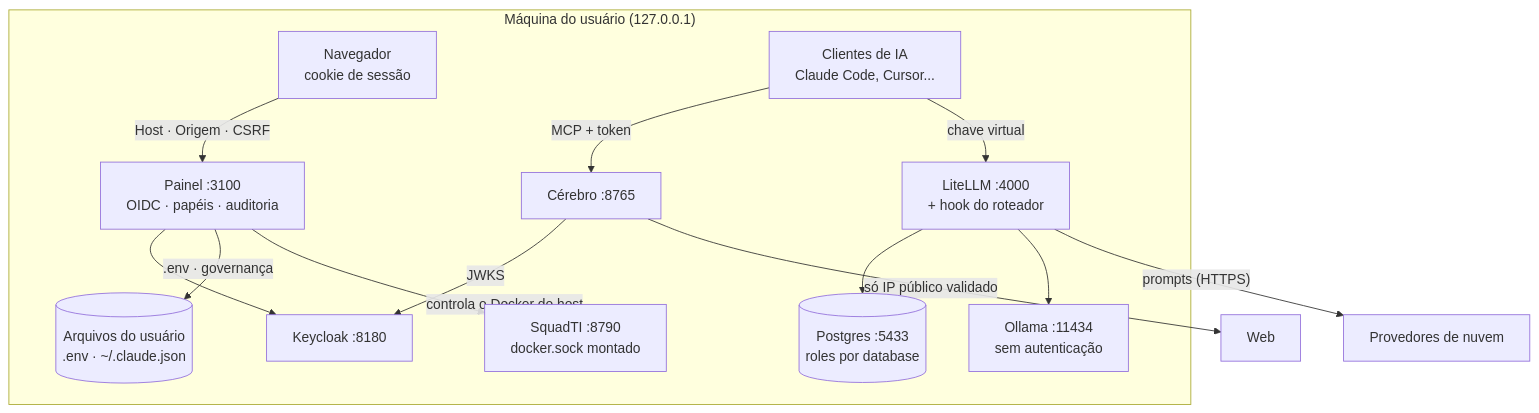
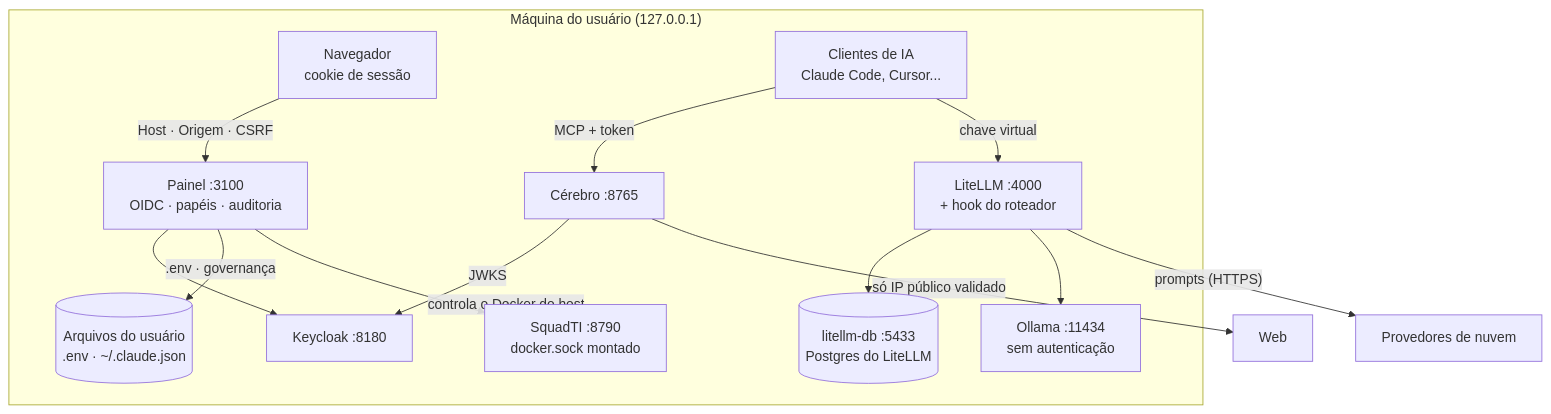
One commit to tudoemcodigo/TudoIA changed the diagram in docs/seguranca.md. Above: the diagram before and after it, drawn with Mermaid. The commit also changed other lines of this file and 15 other files, not shown here.

````diff
--- a/docs/seguranca.md
+++ b/docs/seguranca.md
@@ -45,17 +45,17 @@
 ```mermaid
 flowchart TB
     subgraph PC["Máquina do usuário (127.0.0.1)"]
         NAV["Navegador<br/>cookie de sessão"] -->|"Host · Origem · CSRF"| PAINEL["Painel :3100<br/>OIDC · papéis · auditoria"]
         CLI["Clientes de IA<br/>Claude Code, Cursor..."] -->|"MCP + token"| CER["Cérebro :8765"]
         CLI -->|"chave virtual"| GW["LiteLLM :4000<br/>+ hook do roteador"]
         PAINEL --> KC["Keycloak :8180"]
         CER -->|"JWKS"| KC
         PAINEL -->|".env · governança"| ARQ[("Arquivos do usuário<br/>.env · ~/.claude.json")]
-        GW --> PG[("Postgres :5433<br/>roles por database")]
+        GW --> PG[("litellm-db :5433<br/>Postgres do LiteLLM")]
         GW --> OLL["Ollama :11434<br/>sem autenticação"]
         PAINEL --> SQ["SquadTI :8790<br/>docker.sock montado"]
     end
     GW -->|"prompts (HTTPS)"| NUV["Provedores de nuvem"]
     CER -->|"só IP público validado"| WEB["Web"]
     SQ -.->|"controla o Docker do host"| PC
 ```
````
